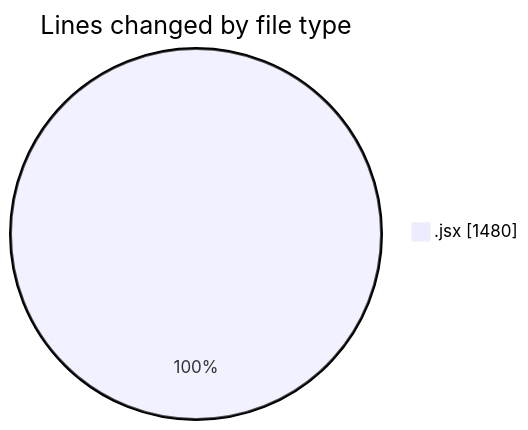
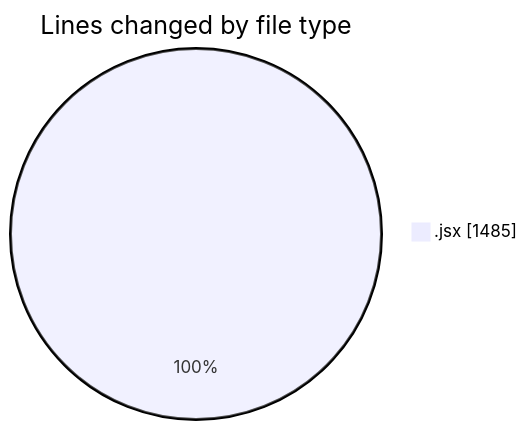
Before and after one commit to nxtqubesakshisongat/code-tracking: the first of 2 diagrams in 2025-11-30/nxtqube_webapp/README.md, drawn with Mermaid. The commit also changed other lines of this file and 1 other file, not shown here.

````diff
--- a/2025-11-30/nxtqube_webapp/README.md
+++ b/2025-11-30/nxtqube_webapp/README.md
@@ -21,5 +21,5 @@
 ```mermaid
 pie showData
 title Lines changed by file type
-".jsx" : 1480
+".jsx" : 1485
 ```
````
